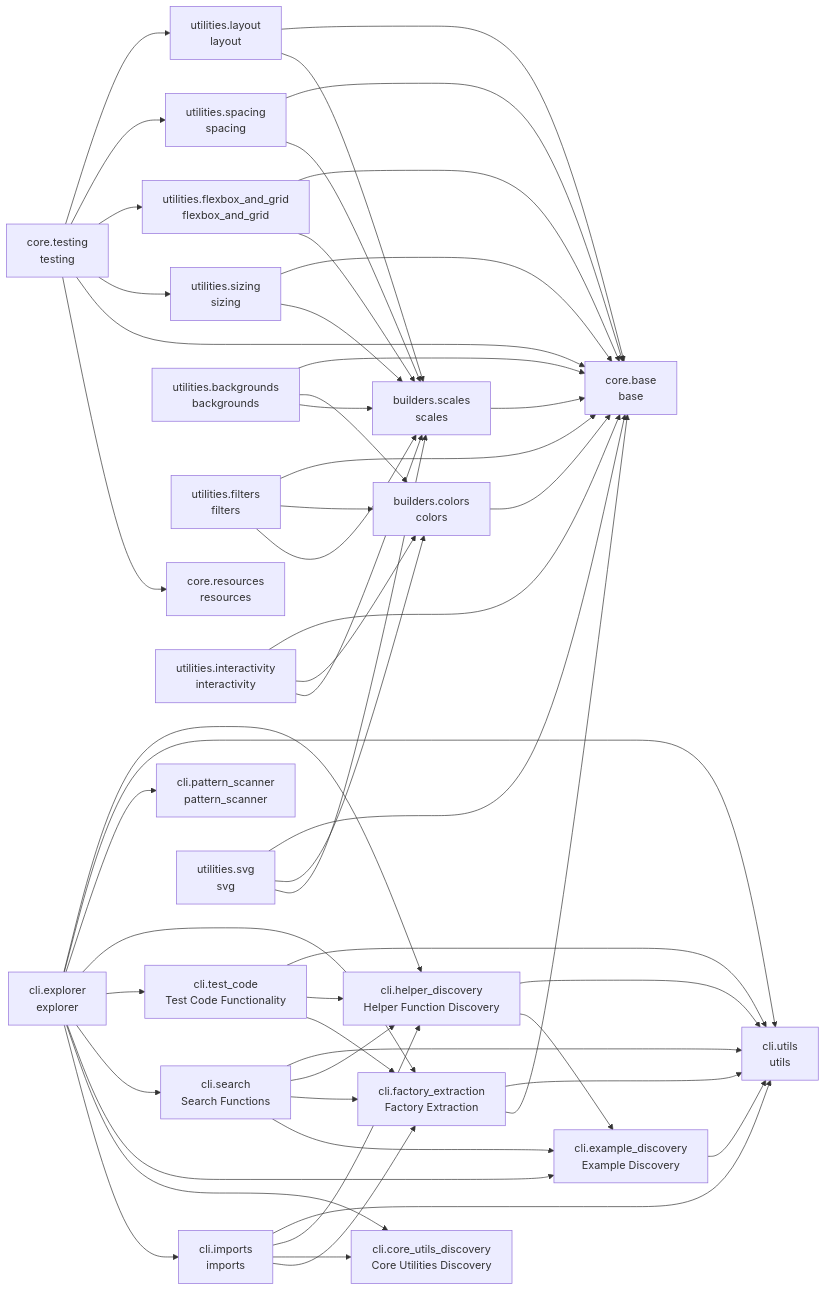
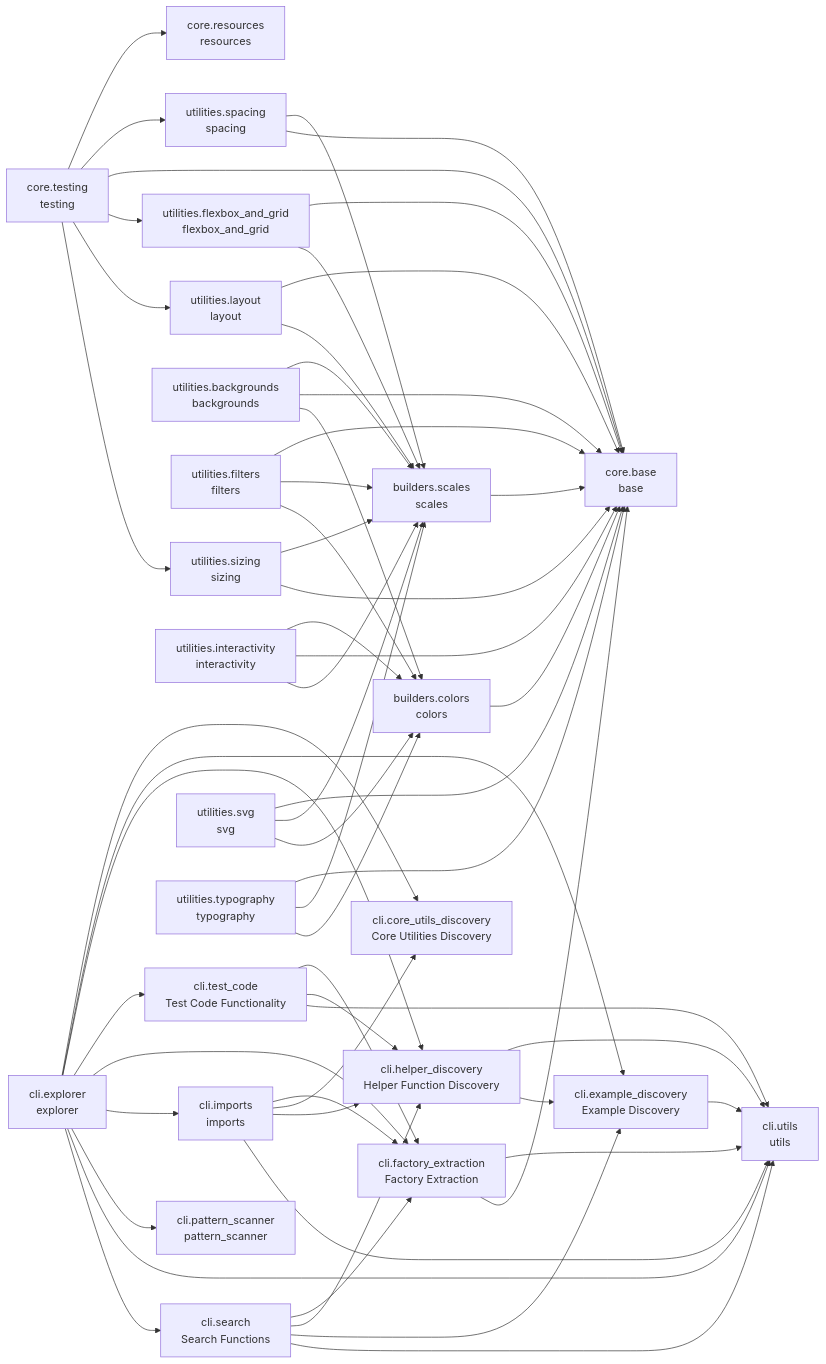
Before and after one commit to cj-mills/cjm-fasthtml-tailwind: the diagram in README.md, drawn with Mermaid. The commit also changed other lines of this file and 7 other files, not shown here.

Commit message:
Implement typography utilities.

````diff
--- a/README.md
+++ b/README.md
@@ -69,58 +70,62 @@
     utilities_sizing[utilities.sizing<br/>sizing]
     utilities_spacing[utilities.spacing<br/>spacing]
     utilities_svg[utilities.svg<br/>svg]
+    utilities_typography[utilities.typography<br/>typography]
 
     builders_colors --> core_base
     builders_scales --> core_base
     cli_example_discovery --> cli_utils
-    cli_explorer --> cli_helper_discovery
+    cli_explorer --> cli_search
     cli_explorer --> cli_utils
     cli_explorer --> cli_pattern_scanner
+    cli_explorer --> cli_imports
     cli_explorer --> cli_factory_extraction
     cli_explorer --> cli_test_code
-    cli_explorer --> cli_search
+    cli_explorer --> cli_helper_discovery
     cli_explorer --> cli_example_discovery
     cli_explorer --> cli_core_utils_discovery
-    cli_explorer --> cli_imports
+    cli_factory_extraction --> core_base
     cli_factory_extraction --> cli_utils
-    cli_factory_extraction --> core_base
+    cli_helper_discovery --> cli_example_discovery
     cli_helper_discovery --> cli_utils
-    cli_helper_discovery --> cli_example_discovery
     cli_imports --> cli_utils
     cli_imports --> cli_helper_discovery
     cli_imports --> cli_core_utils_discovery
     cli_imports --> cli_factory_extraction
     cli_search --> cli_utils
+    cli_search --> cli_example_discovery
     cli_search --> cli_helper_discovery
     cli_search --> cli_factory_extraction
-    cli_search --> cli_example_discovery
     cli_test_code --> cli_utils
     cli_test_code --> cli_helper_discovery
     cli_test_code --> cli_factory_extraction
+    core_testing --> utilities_sizing
     core_testing --> utilities_layout
+    core_testing --> utilities_flexbox_and_grid
+    core_testing --> core_base
     core_testing --> utilities_spacing
-    core_testing --> utilities_flexbox_and_grid
-    core_testing --> utilities_sizing
-    core_testing --> core_base
     core_testing --> core_resources
+    utilities_backgrounds --> builders_colors
     utilities_backgrounds --> core_base
-    utilities_backgrounds --> builders_colors
     utilities_backgrounds --> builders_scales
-    utilities_filters --> core_base
     utilities_filters --> builders_colors
     utilities_filters --> builders_scales
+    utilities_filters --> core_base
+    utilities_flexbox_and_grid --> builders_scales
     utilities_flexbox_and_grid --> core_base
-    utilities_flexbox_and_grid --> builders_scales
+    utilities_interactivity --> builders_scales
     utilities_interactivity --> core_base
     utilities_interactivity --> builders_colors
-    utilities_interactivity --> builders_scales
+    utilities_layout --> builders_scales
     utilities_layout --> core_base
-    utilities_layout --> builders_scales
     utilities_sizing --> core_base
     utilities_sizing --> builders_scales
     utilities_spacing --> core_base
     utilities_spacing --> builders_scales
-    utilities_svg --> core_base
     utilities_svg --> builders_colors
     utilities_svg --> builders_scales
+    utilities_svg --> core_base
+    utilities_typography --> builders_colors
+    utilities_typography --> builders_scales
+    utilities_typography --> core_base
 ```
````
